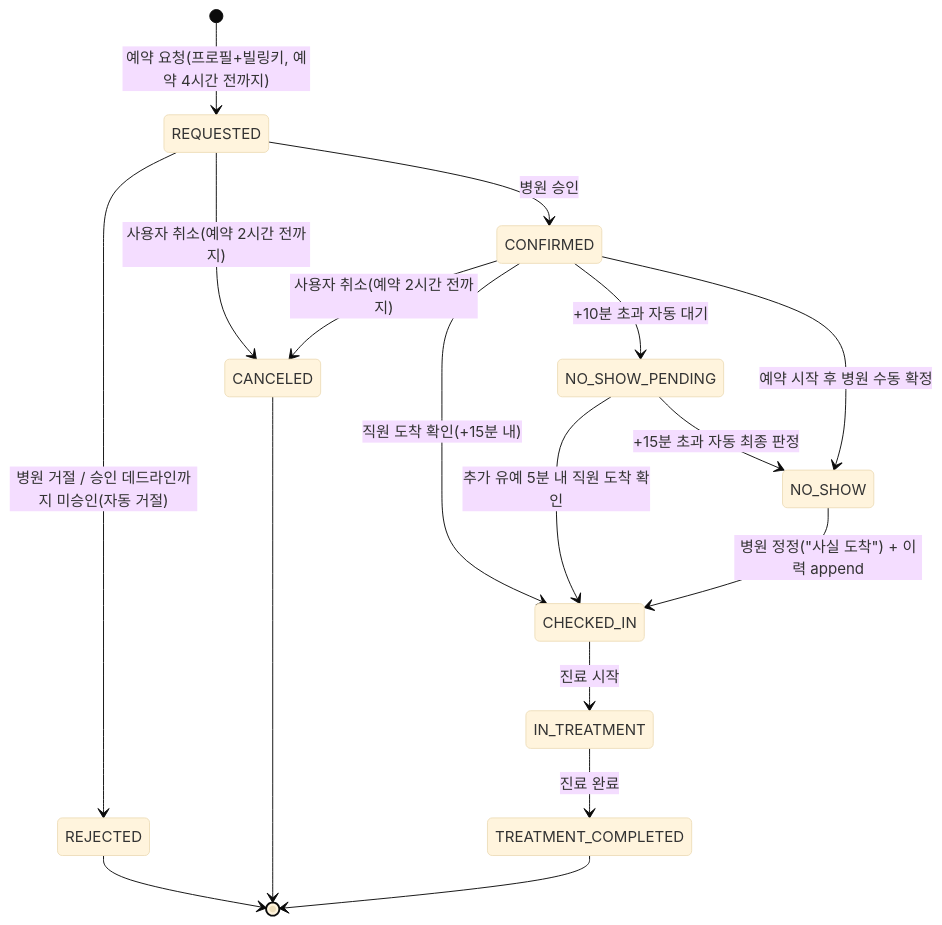
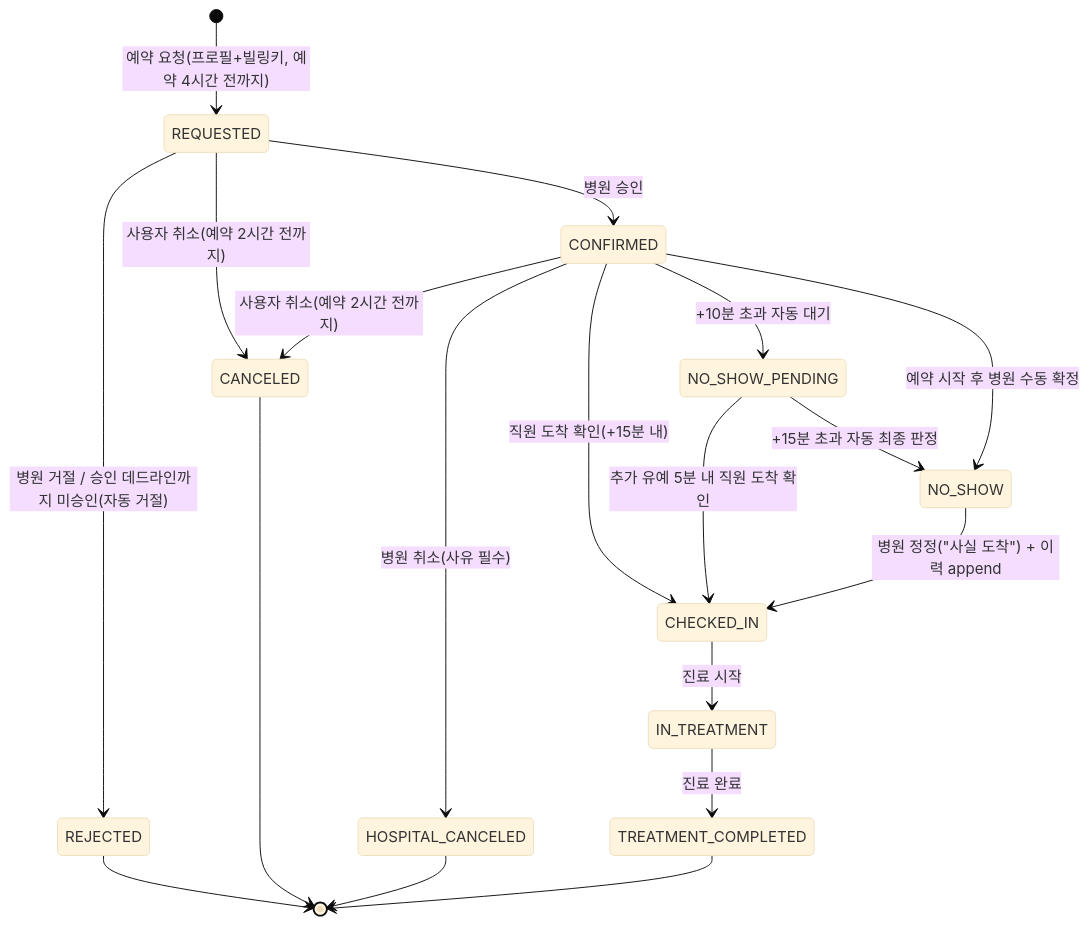
One commit to yyb0702-spec/DoctorPet changed the second of 6 diagrams in docs/architecture/DoctorPet-SA.md. Above: the diagram before and after it, drawn with Mermaid (base theme). The commit also changed other lines of this file, not shown here.

````diff
--- a/docs/architecture/DoctorPet-SA.md
+++ b/docs/architecture/DoctorPet-SA.md
@@ -427,19 +429,21 @@
 ```mermaid
 stateDiagram-v2
     [*] --> REQUESTED : 예약 요청(프로필+빌링키, 예약 4시간 전까지)
     REQUESTED --> CONFIRMED : 병원 승인
     REQUESTED --> REJECTED : 병원 거절 / 승인 데드라인까지 미승인(자동 거절)
     REQUESTED --> CANCELED : 사용자 취소(예약 2시간 전까지)
     CONFIRMED --> CHECKED_IN : 직원 도착 확인(+15분 내)
     CONFIRMED --> CANCELED : 사용자 취소(예약 2시간 전까지)
+    CONFIRMED --> HOSPITAL_CANCELED : 병원 취소(사유 필수)
     CONFIRMED --> NO_SHOW_PENDING : +10분 초과 자동 대기
     NO_SHOW_PENDING --> CHECKED_IN : 추가 유예 5분 내 직원 도착 확인
     NO_SHOW_PENDING --> NO_SHOW : +15분 초과 자동 최종 판정
     CONFIRMED --> NO_SHOW : 예약 시작 후 병원 수동 확정
     CHECKED_IN --> IN_TREATMENT : 진료 시작
     IN_TREATMENT --> TREATMENT_COMPLETED : 진료 완료
     NO_SHOW --> CHECKED_IN : 병원 정정("사실 도착") + 이력 append
     REJECTED --> [*]
     CANCELED --> [*]
+    HOSPITAL_CANCELED --> [*]
     TREATMENT_COMPLETED --> [*]
 ```
````
